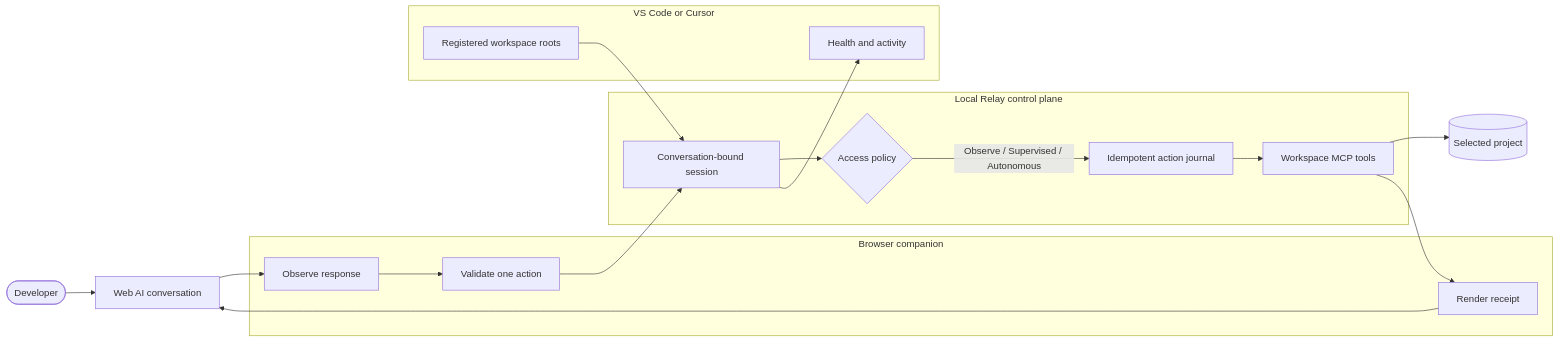
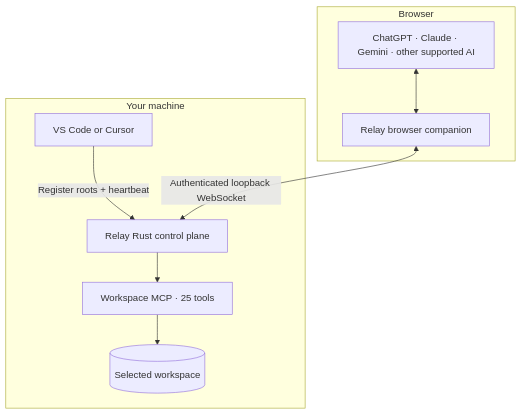
Before and after one commit to RiprLutuk/relay: the diagram in README.md, drawn with Mermaid. The commit also changed other lines of this file and 1 other file, not shown here.

Commit message:
docs: clarify Relay architecture

````diff
--- a/README.md
+++ b/README.md
@@ -144,30 +144,20 @@
 ```mermaid
-flowchart LR
-    User([Developer]) --> Chat[Web AI conversation]
-
-    subgraph Browser[Browser companion]
-        Observe[Observe response]
-        Action[Validate one action]
-        Receipt[Render receipt]
+flowchart TB
+    subgraph Web[Browser]
+        AI[ChatGPT · Claude · Gemini · other supported AI]
+        Companion[Relay browser companion]
+        AI <--> Companion
     end
 
-    subgraph Local[Local Relay control plane]
-        Session[Conversation-bound session]
-        Policy{Access policy}
-        Journal[Idempotent action journal]
-        MCP[Workspace MCP tools]
+    subgraph Device[Your machine]
+        Editor[VS Code or Cursor]
+        Control[Relay Rust control plane]
+        Tools[Workspace MCP · 25 tools]
+        Project[(Selected workspace)]
+
+        Editor -->|Register roots + heartbeat| Control
+        Control --> Tools --> Project
     end
 
-    subgraph Editor[VS Code or Cursor]
-        Roots[Registered workspace roots]
-        Activity[Health and activity]
-    end
-
-    Chat --> Observe --> Action --> Session
-    Roots --> Session
-    Session --> Policy
-    Policy -->|Observe / Supervised / Autonomous| Journal --> MCP
-    MCP --> Project[(Selected project)]
-    MCP --> Receipt --> Chat
-    Session --> Activity
+    Companion <-->|Authenticated loopback WebSocket| Control
 ```
````
